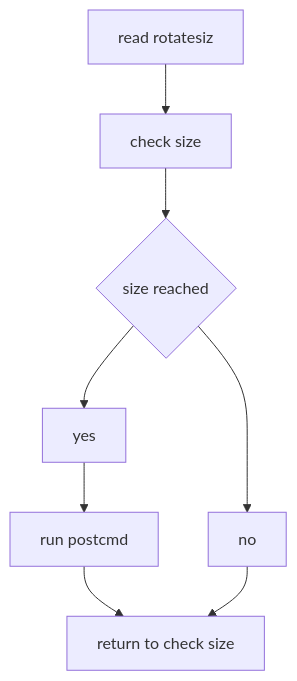
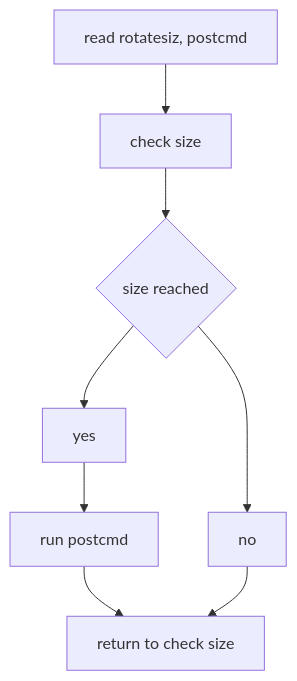
Before and after one commit to jjbailey/sentinal: the third of 4 diagrams in README.md, drawn with Mermaid. The commit also changed other lines of this file, not shown here.

````diff
--- a/README.md
+++ b/README.md
@@ -235,17 +235,17 @@
 ```mermaid
 flowchart TB
-    s1[ read rotatesiz ]
+    s1[ read rotatesiz, postcmd ]
     s2[ check size ]
     d1{ size reached }
     a1[ yes ]
     a2[ no ]
     s3[ run postcmd ]
     s4[ return to check size ]
     s1 --> s2
     s2 --> d1
     d1 --> a1
     d1 --> a2
     a1 --> s3
     s3 --> s4
     a2 --> s4
 ```
````
